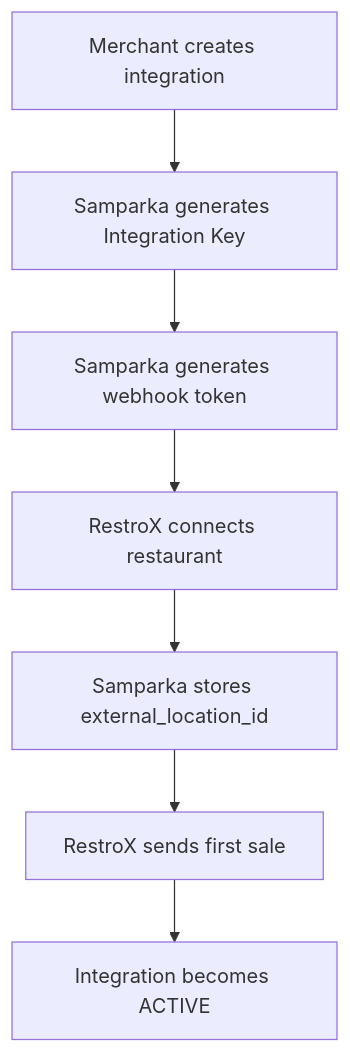
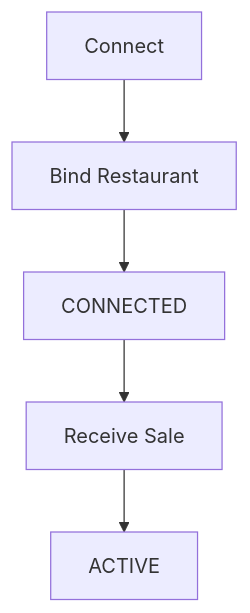
Before and after one commit to krischal07/docs: the diagram in integrations/restrox/PARTNER-HANDOFF.md, drawn with Mermaid. The commit also changed other lines of this file and 49 other files, not shown here.

````diff
--- a/integrations/restrox/PARTNER-HANDOFF.md
+++ b/integrations/restrox/PARTNER-HANDOFF.md
@@ -11,9 +27,7 @@
 ```mermaid
 flowchart TD
-  A["Merchant creates integration"] --> B["Samparka generates Integration Key"]
-  B --> C["Samparka generates webhook token"]
-  C --> D["RestroX connects restaurant"]
-  D --> E["Samparka stores external_location_id"]
-  E --> F["RestroX sends first sale"]
-  F --> G["Integration becomes ACTIVE"]
+  A["Connect"] --> B["Bind Restaurant"]
+  B --> C["CONNECTED"]
+  C --> D["Receive Sale"]
+  D --> E["ACTIVE"]
 ```
````
